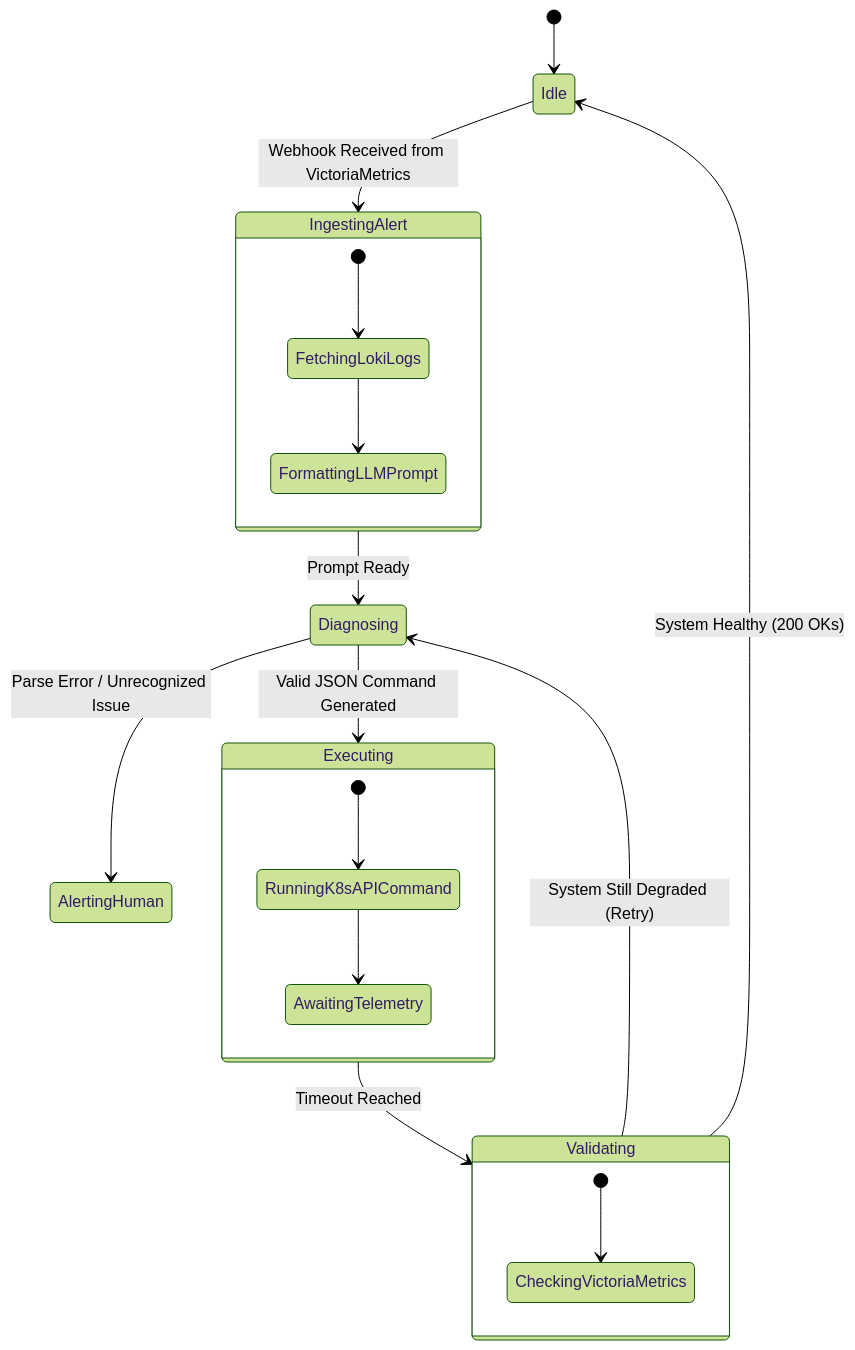
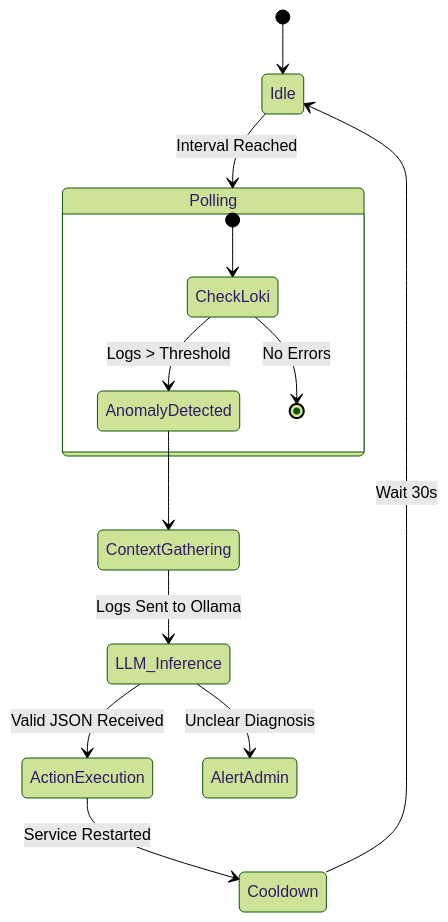
Before and after one commit to sedna08/chaos-and-recovery-agent: the third of 4 diagrams in docs/functional_design_document.md, drawn with Mermaid (forest theme). The commit also changed other lines of this file, not shown here.

````diff
--- a/docs/functional_design_document.md
+++ b/docs/functional_design_document.md
@@ -124,28 +125,20 @@
 ```mermaid
 stateDiagram-v2
     [*] --> Idle
-    Idle --> IngestingAlert: Webhook Received from VictoriaMetrics
+    Idle --> Polling: Interval Reached
 
-    state IngestingAlert {
-        [*] --> FetchingLokiLogs
-        FetchingLokiLogs --> FormattingLLMPrompt
+    state Polling {
+        [*] --> CheckLoki
+        CheckLoki --> AnomalyDetected: Logs > Threshold
+        CheckLoki --> [*]: No Errors
     }
 
-    IngestingAlert --> Diagnosing: Prompt Ready
-    Diagnosing --> Executing: Valid JSON Command Generated
-    Diagnosing --> AlertingHuman: Parse Error / Unrecognized Issue
+    AnomalyDetected --> ContextGathering
+    ContextGathering --> LLM_Inference: Logs Sent to Ollama
 
-    state Executing {
-        [*] --> RunningK8sAPICommand
-        RunningK8sAPICommand --> AwaitingTelemetry
-    }
+    LLM_Inference --> ActionExecution: Valid JSON Received
+    LLM_Inference --> AlertAdmin: Unclear Diagnosis
 
-    Executing --> Validating: Timeout Reached
-
-    state Validating {
-        [*] --> CheckingVictoriaMetrics
-    }
-
-    Validating --> Idle: System Healthy (200 OKs)
-    Validating --> Diagnosing: System Still Degraded (Retry)
+    ActionExecution --> Cooldown: Service Restarted
+    Cooldown --> Idle: Wait 30s
 ```
````
